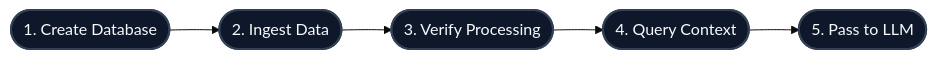
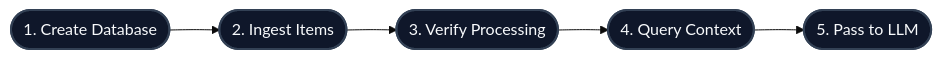
Before and after one commit to hydra-db/mintlify-docs: the diagram in get-started/v2/quickstart.mdx, drawn with Mermaid (base theme). The commit also changed other lines of this file and 2 other files, not shown here.

````diff
--- a/get-started/v2/quickstart.mdx
+++ b/get-started/v2/quickstart.mdx
@@ -211,13 +249,13 @@
 ```mermaid
 flowchart LR
-  A([1. Create Database]) --> B([2. Ingest Data])
+  A([1. Create Database]) --> B([2. Ingest Items])
   B --> C([3. Verify Processing])
   C --> D([4. Query Context])
   D --> E([5. Pass to LLM])
 
   style A fill:#0f172a,stroke:#334155,stroke-width:2px,color:#f8fafc,stroke-linecap:round
   style B fill:#0f172a,stroke:#334155,stroke-width:2px,color:#f8fafc,stroke-linecap:round
   style C fill:#0f172a,stroke:#334155,stroke-width:2px,color:#f8fafc,stroke-linecap:round
   style D fill:#0f172a,stroke:#334155,stroke-width:2px,color:#f8fafc,stroke-linecap:round
   style E fill:#0f172a,stroke:#334155,stroke-width:2px,color:#f8fafc,stroke-linecap:round
 ```
````
